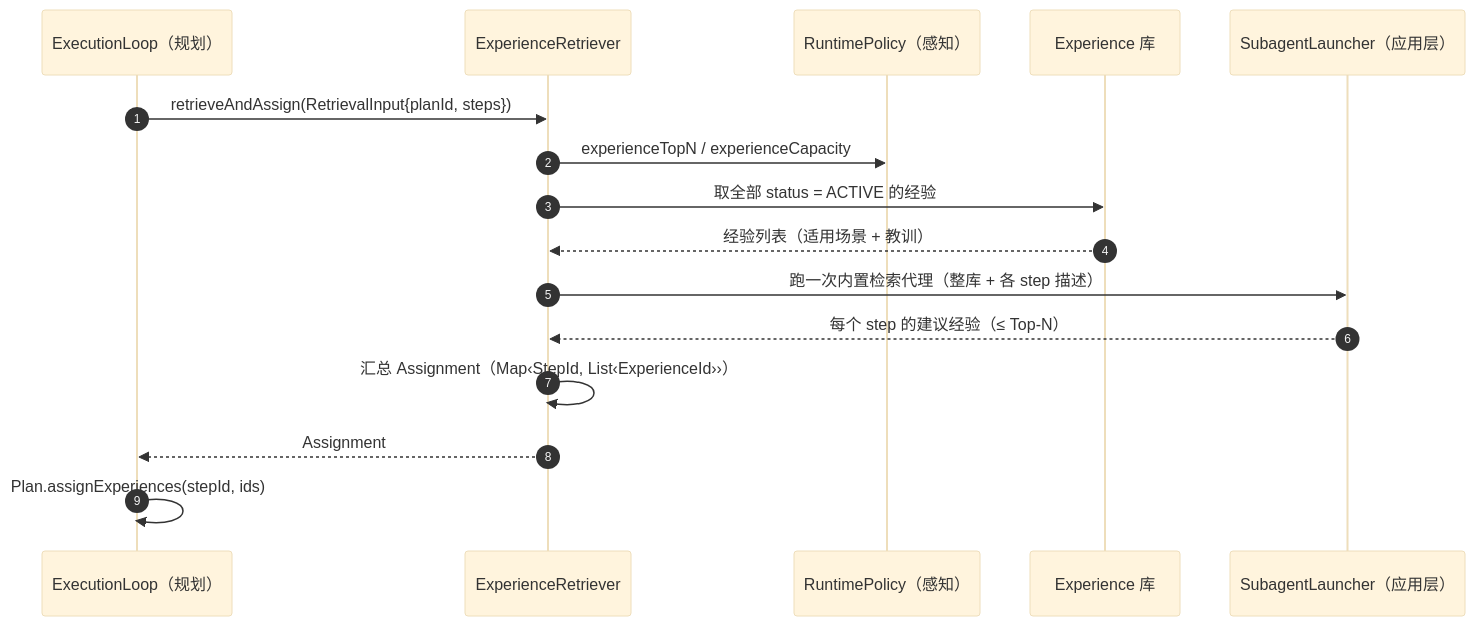
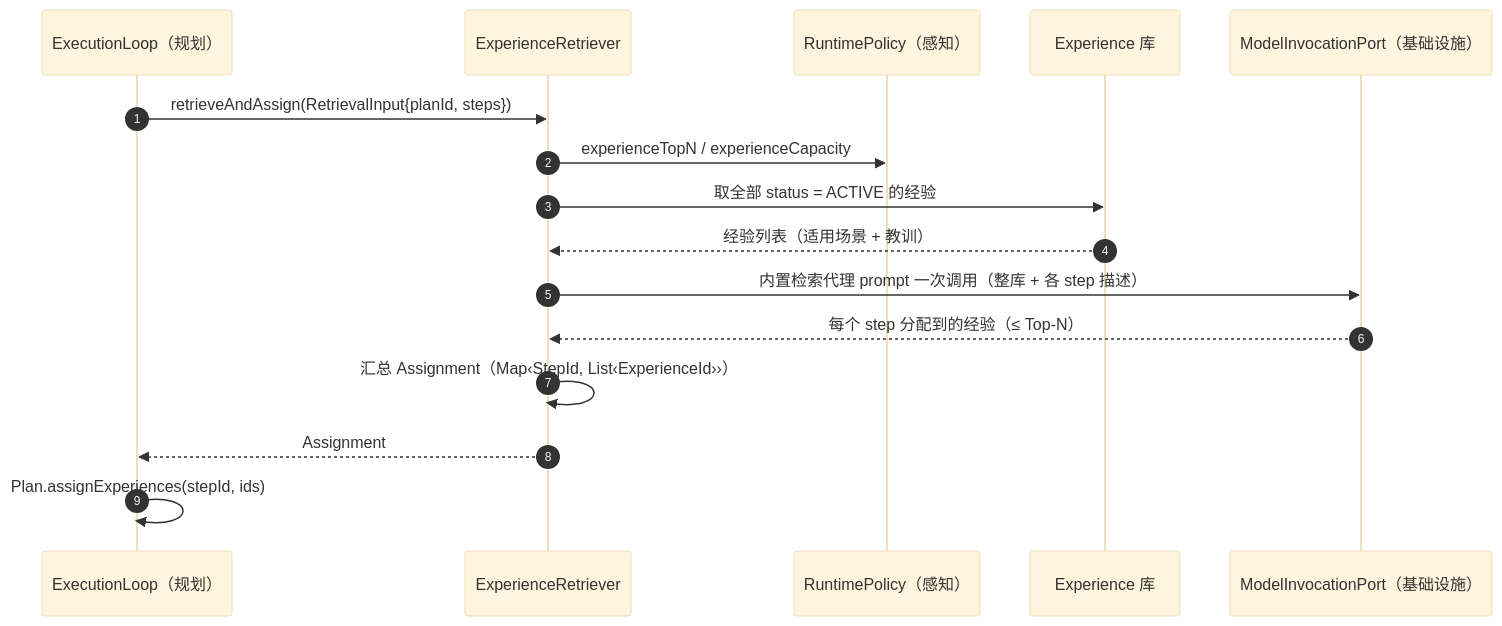
The third of 8 diagrams in model/模块-记忆.md (zcd0831/Jellyfish-Docs), drawn with Mermaid (base theme) before and after one commit. The commit also changed other lines of this file and 8 other files, not shown here.

````diff
--- a/model/模块-记忆.md
+++ b/model/模块-记忆.md
@@ -405,19 +402,19 @@
 ```mermaid
 sequenceDiagram
     autonumber
     participant OL as ExecutionLoop（规划）
     participant R as ExperienceRetriever
     participant RP as RuntimePolicy（感知）
     participant E as Experience 库
-    participant SL as SubagentLauncher（应用层）
+    participant MI as ModelInvocationPort（基础设施）
 
     OL->>R: retrieveAndAssign(RetrievalInput{planId, steps})
     R->>RP: experienceTopN / experienceCapacity
     R->>E: 取全部 status = ACTIVE 的经验
     E-->>R: 经验列表（适用场景 + 教训）
-    R->>SL: 跑一次内置检索代理（整库 + 各 step 描述）
-    SL-->>R: 每个 step 的建议经验（≤ Top-N）
+    R->>MI: 内置检索代理 prompt 一次调用（整库 + 各 step 描述）
+    MI-->>R: 每个 step 分配到的经验（≤ Top-N）
     R->>R: 汇总 Assignment（Map‹StepId, List‹ExperienceId››）
     R-->>OL: Assignment
     OL->>OL: Plan.assignExperiences(stepId, ids)
 ```
````
